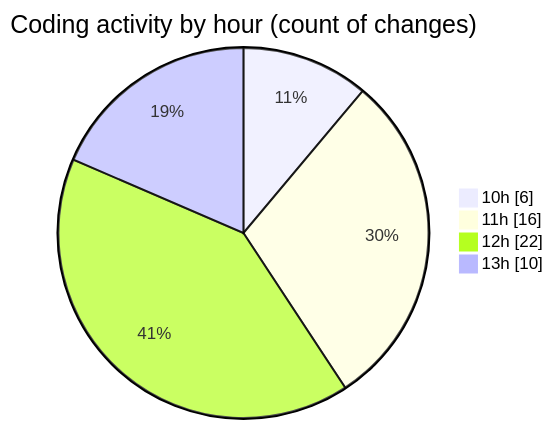
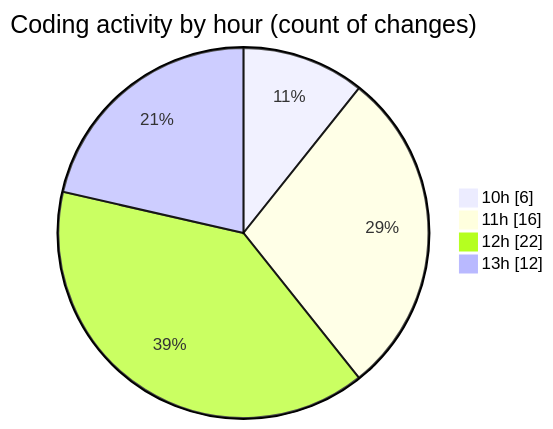
The second of 2 diagrams in 2025-09-08/cda/README.md (momahboobian/code-tracking), drawn with Mermaid before and after one commit. The commit also changed other lines of this file and 1 other file, not shown here.

````diff
--- a/2025-09-08/cda/README.md
+++ b/2025-09-08/cda/README.md
@@ -35,8 +35,8 @@
 ```mermaid
 pie showData
 title Coding activity by hour (count of changes)
 "10h" : 6
 "11h" : 16
 "12h" : 22
-"13h" : 10
+"13h" : 12
 ```
````
